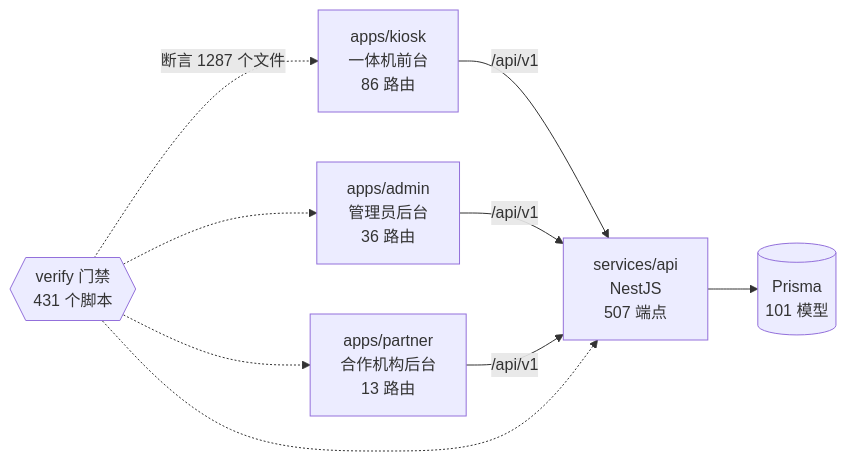
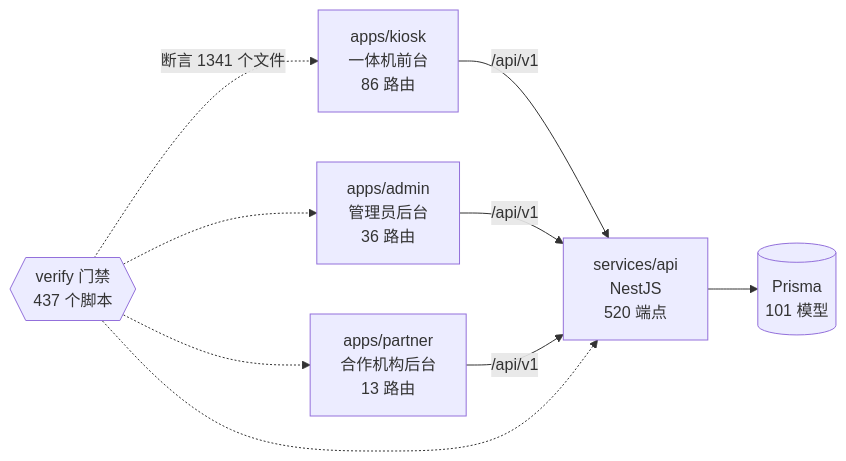
Before and after one commit to wanglei581/YITIJI: the diagram in docs/graph/README.md, drawn with Mermaid. The commit also changed other lines of this file and 6 other files, not shown here.

Commit message:
chore(graph): 结果层 14 包合入后重生成项目图谱

````diff
--- a/docs/graph/README.md
+++ b/docs/graph/README.md
@@ -68,18 +68,18 @@
 ```mermaid
 flowchart LR
   kiosk["apps/kiosk<br/>一体机前台<br/>86 路由"]
   admin["apps/admin<br/>管理员后台<br/>36 路由"]
   partner["apps/partner<br/>合作机构后台<br/>13 路由"]
-  api["services/api<br/>NestJS<br/>507 端点"]
+  api["services/api<br/>NestJS<br/>520 端点"]
   db[("Prisma<br/>101 模型")]
-  gates{{"verify 门禁<br/>431 个脚本"}}
+  gates{{"verify 门禁<br/>437 个脚本"}}
 
   kiosk -->|"/api/v1"| api
   admin -->|"/api/v1"| api
   partner -->|"/api/v1"| api
   api --> db
-  gates -.->|"断言 1287 个文件"| kiosk
+  gates -.->|"断言 1341 个文件"| kiosk
   gates -.-> admin
   gates -.-> partner
   gates -.-> api
 ```
````
